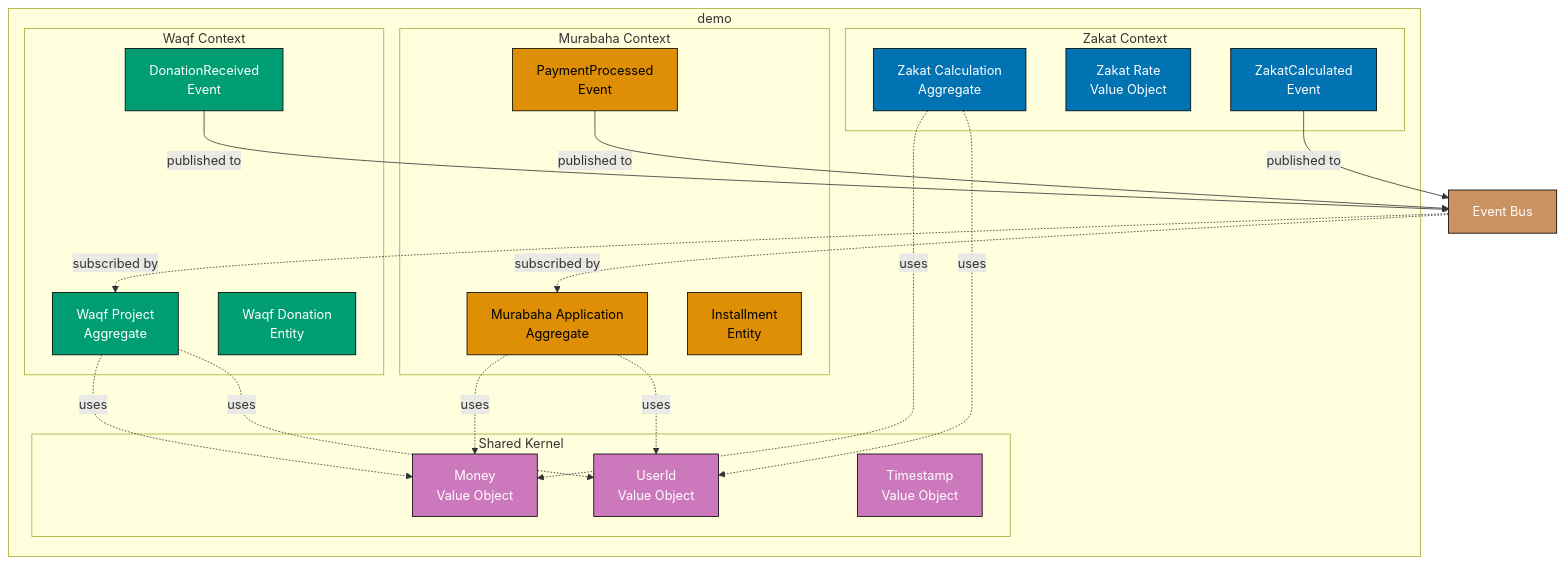
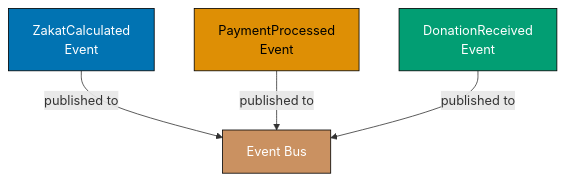
The second of 3 diagrams in docs/explanation/software-engineering/platform-web/tools/jvm-spring-boot/domain-driven-design.md (wahidyankf/ose-primer), drawn with Mermaid before and after one commit. The commit also changed other lines of this file and 9 other files, not shown here.

Commit message:
fix(docs): fix mermaid violations in jvm-spring-boot/ docs (batch 4/10)

````diff
--- a/docs/explanation/software-engineering/platform-web/tools/jvm-spring-boot/domain-driven-design.md
+++ b/docs/explanation/software-engineering/platform-web/tools/jvm-spring-boot/domain-driven-design.md
@@ -1147,58 +1170,18 @@
 ```mermaid
 %% Color Palette: Blue #0173B2, Orange #DE8F05, Teal #029E73, Purple #CC78BC, Brown #CA9161
 %% All colors are color-blind friendly and meet WCAG AA contrast standards
 graph TD
-    subgraph "demo"
-        subgraph "Zakat Context"
-            ZC[Zakat Calculation<br/>Aggregate]
-            ZR[Zakat Rate<br/>Value Object]
-            ZE[ZakatCalculated<br/>Event]
-        end
+    ZE[ZakatCalculated<br/>Event]
+    ME[PaymentProcessed<br/>Event]
+    WE[DonationReceived<br/>Event]
+    EB[Event Bus]
 
-        subgraph "Murabaha Context"
-            MA[Murabaha Application<br/>Aggregate]
-            MI[Installment<br/>Entity]
-            ME[PaymentProcessed<br/>Event]
-        end
-
-        subgraph "Waqf Context"
-            WP[Waqf Project<br/>Aggregate]
-            WD[Waqf Donation<br/>Entity]
-            WE[DonationReceived<br/>Event]
-        end
-
-        subgraph "Shared Kernel"
-            MONEY[Money<br/>Value Object]
-            USER[UserId<br/>Value Object]
-            TIME[Timestamp<br/>Value Object]
-        end
-    end
-
-    ZC -.->|uses| MONEY
-    ZC -.->|uses| USER
-    MA -.->|uses| MONEY
-    MA -.->|uses| USER
-    WP -.->|uses| MONEY
-    WP -.->|uses| USER
-
-    ZE -->|published to| EB[Event Bus]
+    ZE -->|published to| EB
     ME -->|published to| EB
     WE -->|published to| EB
 
-    EB -.->|subscribed by| MA
-    EB -.->|subscribed by| WP
-
-    style ZC fill:#0173B2,stroke:#000,color:#fff
-    style ZR fill:#0173B2,stroke:#000,color:#fff
     style ZE fill:#0173B2,stroke:#000,color:#fff
-    style MA fill:#DE8F05,stroke:#000,color:#000
-    style MI fill:#DE8F05,stroke:#000,color:#000
     style ME fill:#DE8F05,stroke:#000,color:#000
-    style WP fill:#029E73,stroke:#000,color:#fff
-    style WD fill:#029E73,stroke:#000,color:#fff
     style WE fill:#029E73,stroke:#000,color:#fff
-    style MONEY fill:#CC78BC,stroke:#000,color:#fff
-    style USER fill:#CC78BC,stroke:#000,color:#fff
-    style TIME fill:#CC78BC,stroke:#000,color:#fff
     style EB fill:#CA9161,stroke:#000,color:#fff
 ```
````
